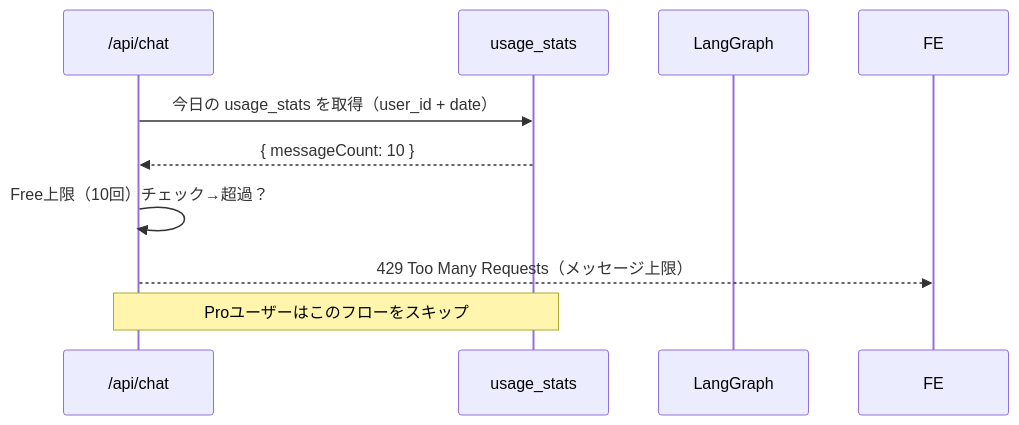
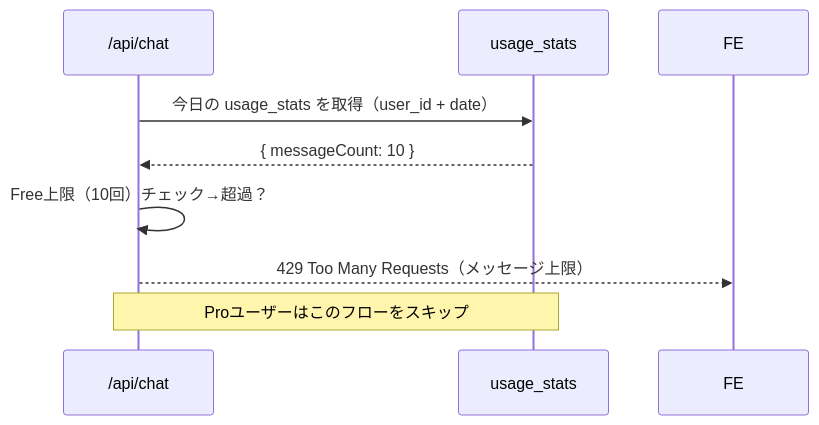
The fourth of 4 diagrams in specforhuman/flows.md (Yosh1ki/branch-chatai), drawn with Mermaid before and after one commit. The commit also changed other lines of this file and 32 other files, not shown here.

````diff
--- a/specforhuman/flows.md
+++ b/specforhuman/flows.md
@@ -79,12 +79,11 @@
 ```mermaid
 sequenceDiagram
   participant API as /api/chat
   participant DB as usage_stats
-  participant LG as LangGraph
 
   API->>DB: 今日の usage_stats を取得（user_id + date）
   DB-->>API: { messageCount: 10 }
   API->>API: Free上限（10回）チェック→超過？
   API-->>FE: 429 Too Many Requests（メッセージ上限）
   Note over API, DB: Proユーザーはこのフローをスキップ
 ```
````
